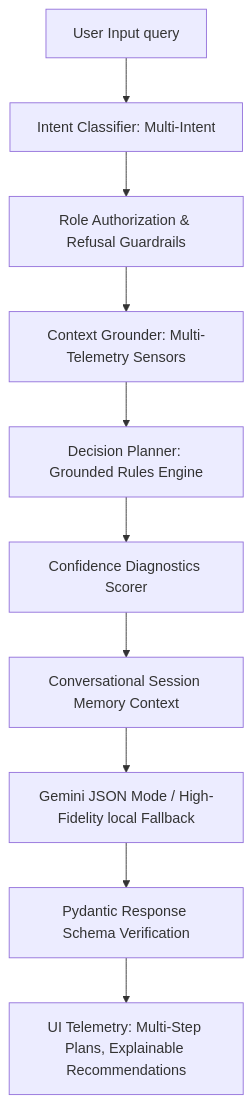
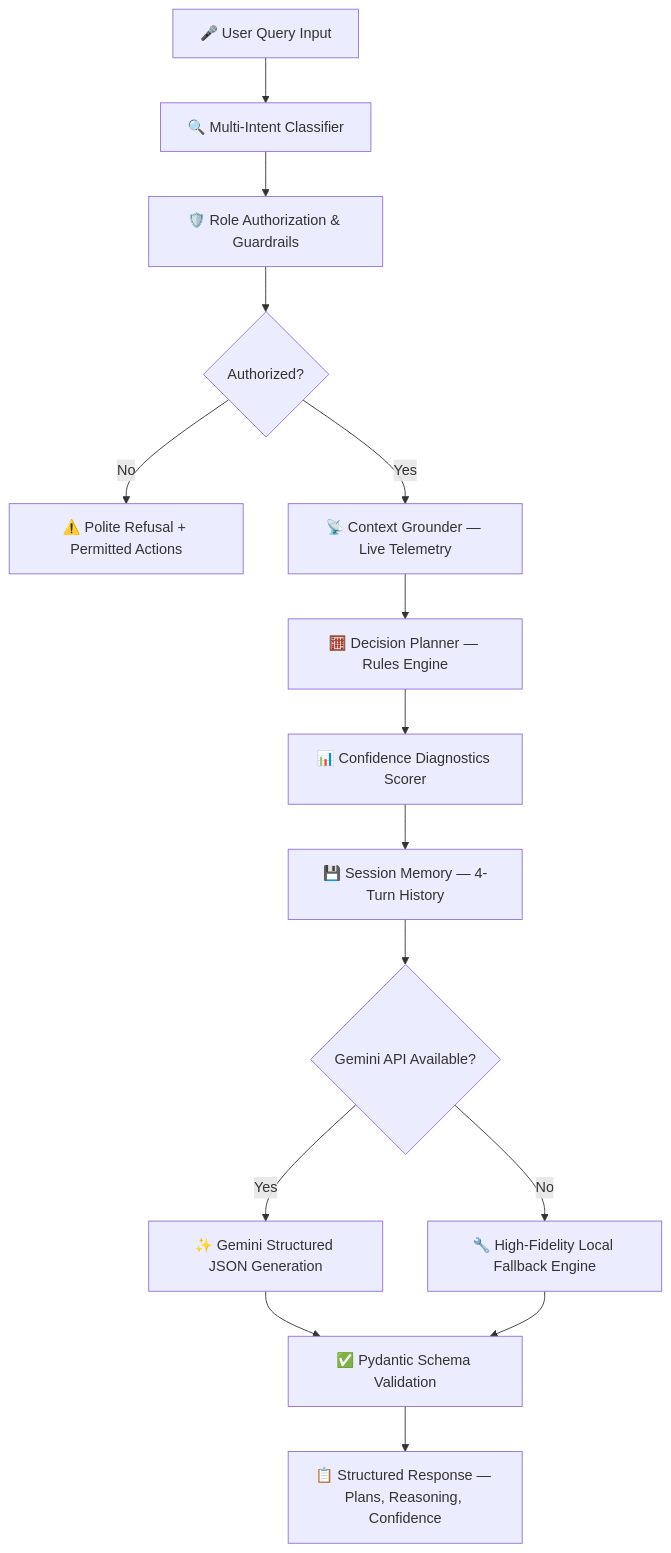
One commit to tanush326k/matchops-ai changed the first of 2 diagrams in README.md. Above: the diagram before and after it, drawn with Mermaid. The commit also changed other lines of this file, not shown here.

````diff
--- a/README.md
+++ b/README.md
@@ -15,12 +229,17 @@
 ```mermaid
 graph TD
-    A[User Input query] --> B[Intent Classifier: Multi-Intent]
-    B --> C[Role Authorization & Refusal Guardrails]
-    C --> D[Context Grounder: Multi-Telemetry Sensors]
-    D --> E[Decision Planner: Grounded Rules Engine]
-    E --> F[Confidence Diagnostics Scorer]
-    F --> G[Conversational Session Memory Context]
-    G --> H[Gemini JSON Mode / High-Fidelity local Fallback]
-    H --> I[Pydantic Response Schema Verification]
-    I --> J[UI Telemetry: Multi-Step Plans, Explainable Recommendations]
+    A["🎤 User Query Input"] --> B["🔍 Multi-Intent Classifier"]
+    B --> C["🛡️ Role Authorization & Guardrails"]
+    C --> D{"Authorized?"}
+    D -->|No| E["⚠️ Polite Refusal + Permitted Actions"]
+    D -->|Yes| F["📡 Context Grounder — Live Telemetry"]
+    F --> G["🧮 Decision Planner — Rules Engine"]
+    G --> H["📊 Confidence Diagnostics Scorer"]
+    H --> I["💾 Session Memory — 4-Turn History"]
+    I --> J{"Gemini API Available?"}
+    J -->|Yes| K["✨ Gemini Structured JSON Generation"]
+    J -->|No| L["🔧 High-Fidelity Local Fallback Engine"]
+    K --> M["✅ Pydantic Schema Validation"]
+    L --> M
+    M --> N["📋 Structured Response — Plans, Reasoning, Confidence"]
 ```
````
